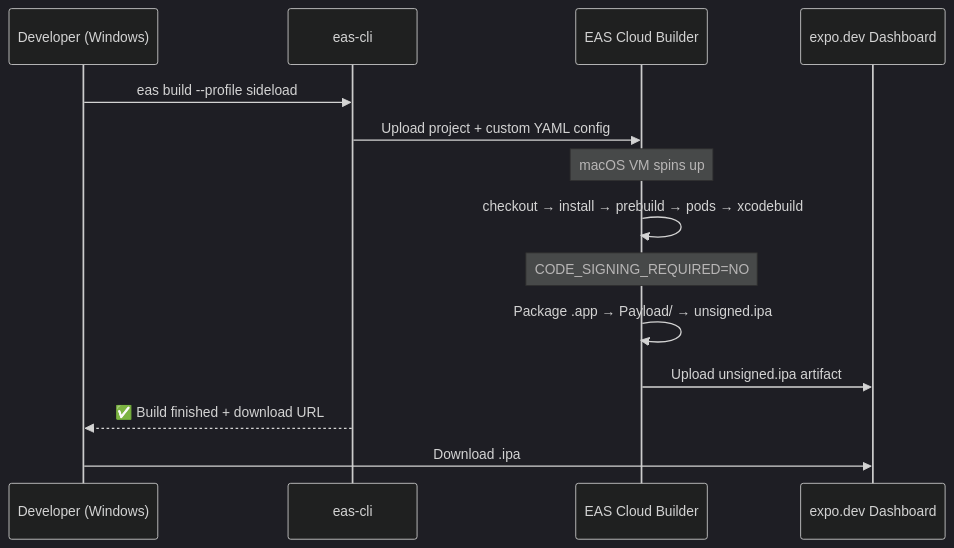
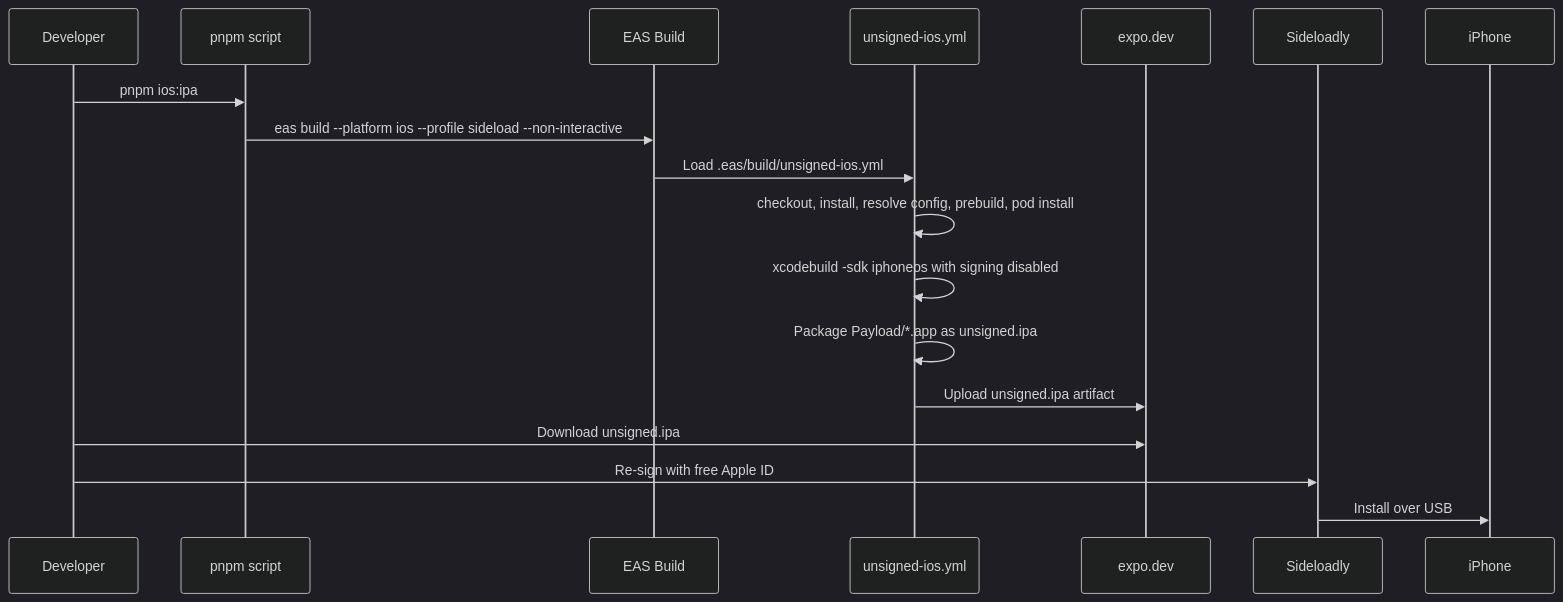
The diagram in docs/eas-sideload_profile.md (izkizk8/spot), drawn with Mermaid (dark theme) before and after one commit. The commit also changed other lines of this file and 39 other files, not shown here.

````diff
--- a/docs/eas-sideload_profile.md
+++ b/docs/eas-sideload_profile.md
@@ -117,17 +135,21 @@
 ```mermaid
 sequenceDiagram
-    participant Dev as Developer (Windows)
-    participant CLI as eas-cli
-    participant EAS as EAS Cloud Builder
-    participant Expo as expo.dev Dashboard
+    participant Dev as Developer
+    participant PNPM as pnpm script
+    participant EAS as EAS Build
+    participant YAML as unsigned-ios.yml
+    participant Dashboard as expo.dev
+    participant Tool as Sideloadly
+    participant Phone as iPhone
 
-    Dev->>CLI: eas build --profile sideload
-    CLI->>EAS: Upload project + custom YAML config
-    Note over EAS: macOS VM spins up
-    EAS->>EAS: checkout → install → prebuild → pods → xcodebuild
-    Note over EAS: CODE_SIGNING_REQUIRED=NO
-    EAS->>EAS: Package .app → Payload/ → unsigned.ipa
-    EAS->>Expo: Upload unsigned.ipa artifact
-    CLI-->>Dev: ✅ Build finished + download URL
-    Dev->>Expo: Download .ipa
+    Dev->>PNPM: pnpm ios:ipa
+    PNPM->>EAS: eas build --platform ios --profile sideload --non-interactive
+    EAS->>YAML: Load .eas/build/unsigned-ios.yml
+    YAML->>YAML: checkout, install, resolve config, prebuild, pod install
+    YAML->>YAML: xcodebuild -sdk iphoneos with signing disabled
+    YAML->>YAML: Package Payload/*.app as unsigned.ipa
+    YAML->>Dashboard: Upload unsigned.ipa artifact
+    Dev->>Dashboard: Download unsigned.ipa
+    Dev->>Tool: Re-sign with free Apple ID
+    Tool->>Phone: Install over USB
 ```
````
